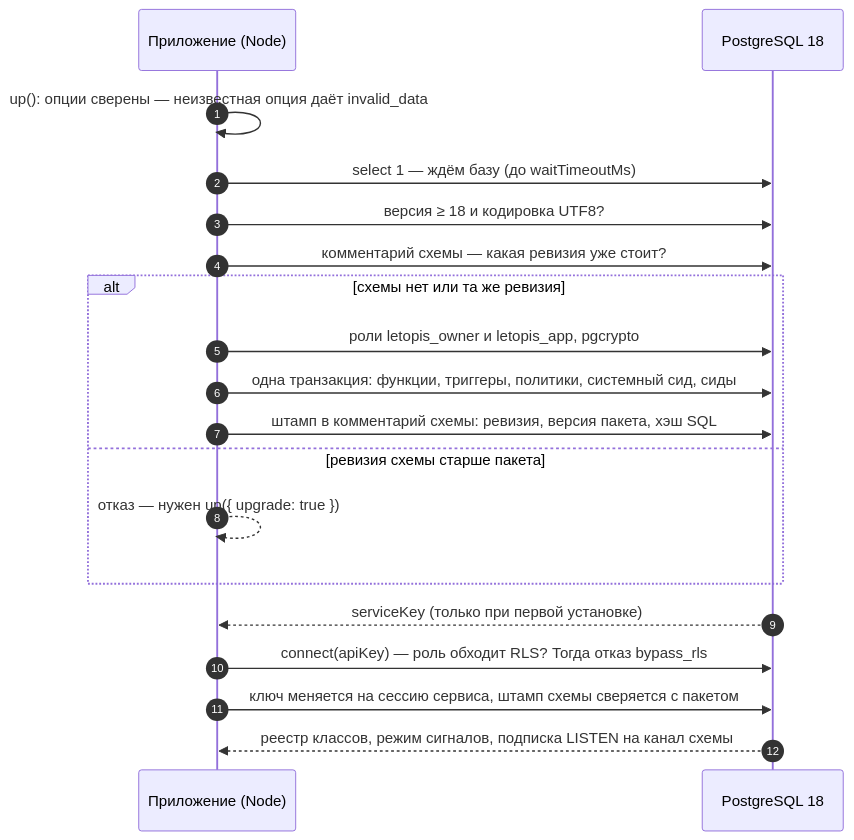
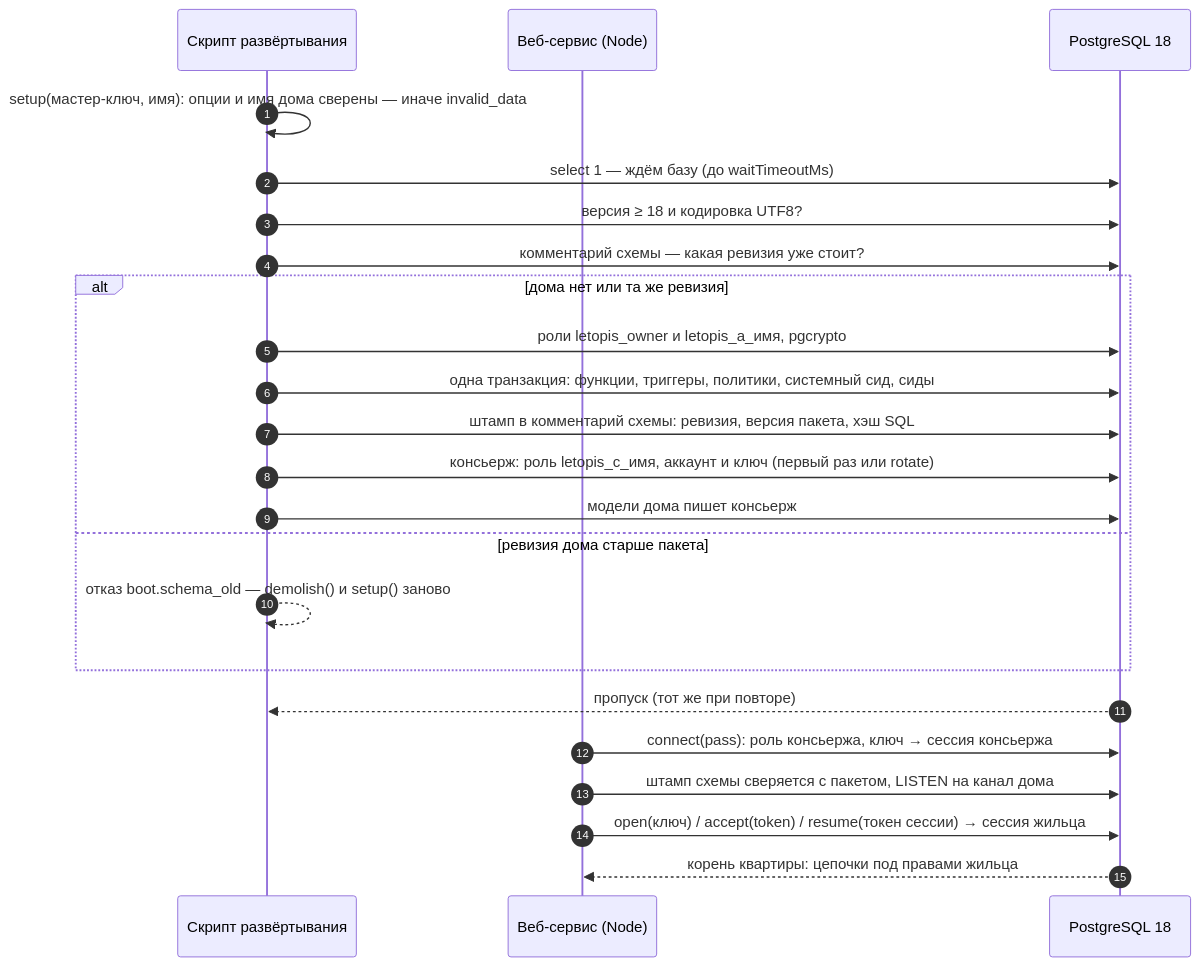
One commit to alepri51/letopis changed the diagram in guide/pages/install/index.md. Above: the diagram before and after it, drawn with Mermaid. The commit also changed other lines of this file and 86 other files, not shown here.

````diff
--- a/guide/pages/install/index.md
+++ b/guide/pages/install/index.md
@@ -88,21 +64,25 @@
 ```mermaid
 sequenceDiagram
   autonumber
-  participant App as Приложение (Node)
+  participant Deploy as Скрипт развёртывания
+  participant App as Веб-сервис (Node)
   participant PG as PostgreSQL 18
-  App->>App: up(): опции сверены — неизвестная опция даёт invalid_data
-  App->>PG: select 1 — ждём базу (до waitTimeoutMs)
-  App->>PG: версия ≥ 18 и кодировка UTF8?
-  App->>PG: комментарий схемы — какая ревизия уже стоит?
-  alt схемы нет или та же ревизия
-    App->>PG: роли letopis_owner и letopis_app, pgcrypto
-    App->>PG: одна транзакция: функции, триггеры, политики, системный сид, сиды
-    App->>PG: штамп в комментарий схемы: ревизия, версия пакета, хэш SQL
-  else ревизия схемы старше пакета
-    App-->>App: отказ — нужен up({ upgrade: true })
+  Deploy->>Deploy: setup(мастер-ключ, имя): опции и имя дома сверены — иначе invalid_data
+  Deploy->>PG: select 1 — ждём базу (до waitTimeoutMs)
+  Deploy->>PG: версия ≥ 18 и кодировка UTF8?
+  Deploy->>PG: комментарий схемы — какая ревизия уже стоит?
+  alt дома нет или та же ревизия
+    Deploy->>PG: роли letopis_owner и letopis_a_имя, pgcrypto
+    Deploy->>PG: одна транзакция: функции, триггеры, политики, системный сид, сиды
+    Deploy->>PG: штамп в комментарий схемы: ревизия, версия пакета, хэш SQL
+    Deploy->>PG: консьерж: роль letopis_c_имя, аккаунт и ключ (первый раз или rotate)
+    Deploy->>PG: модели дома пишет консьерж
+  else ревизия дома старше пакета
+    Deploy-->>Deploy: отказ boot.schema_old — demolish() и setup() заново
   end
-  PG-->>App: serviceKey (только при первой установке)
-  App->>PG: connect(apiKey) — роль обходит RLS? Тогда отказ bypass_rls
-  App->>PG: ключ меняется на сессию сервиса, штамп схемы сверяется с пакетом
-  PG-->>App: реестр классов, режим сигналов, подписка LISTEN на канал схемы
+  PG-->>Deploy: пропуск (тот же при повторе)
+  App->>PG: connect(pass): роль консьержа, ключ → сессия консьержа
+  App->>PG: штамп схемы сверяется с пакетом, LISTEN на канал дома
+  App->>PG: open(ключ) / accept(token) / resume(токен сессии) → сессия жильца
+  PG-->>App: корень квартиры: цепочки под правами жильца
 ```
````
